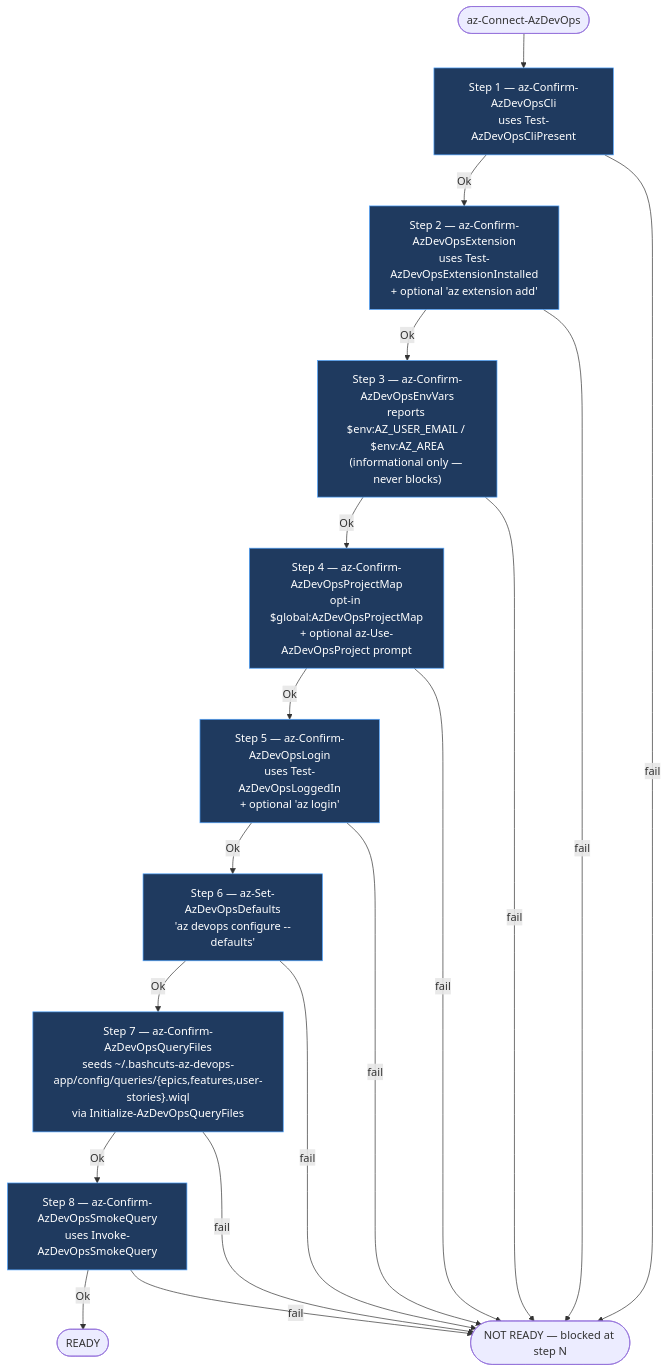
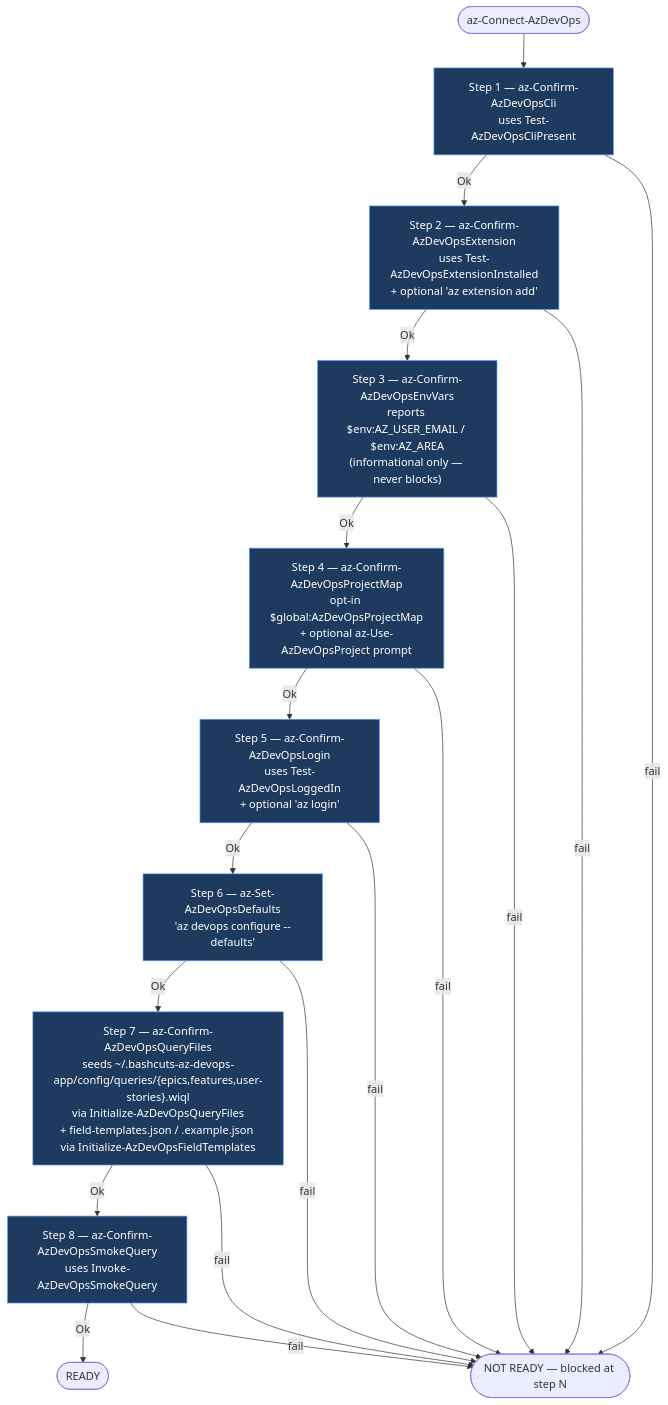
One commit to jdschleicher/bashcuts changed the second of 15 diagrams in docs/azure-devops-diagrams.md. Above: the diagram before and after it, drawn with Mermaid. The commit also changed other lines of this file and 6 other files, not shown here.

````diff
--- a/docs/azure-devops-diagrams.md
+++ b/docs/azure-devops-diagrams.md
@@ -198,37 +198,37 @@
 ```mermaid
 flowchart TD
     Start([az-Connect-AzDevOps]) --> S1
 
     S1["Step 1 — az-Confirm-AzDevOpsCli<br/>uses Test-AzDevOpsCliPresent"]
     S2["Step 2 — az-Confirm-AzDevOpsExtension<br/>uses Test-AzDevOpsExtensionInstalled<br/>+ optional 'az extension add'"]
     S3["Step 3 — az-Confirm-AzDevOpsEnvVars<br/>reports $env:AZ_USER_EMAIL / $env:AZ_AREA<br/>(informational only — never blocks)"]
     S4["Step 4 — az-Confirm-AzDevOpsProjectMap<br/>opt-in $global:AzDevOpsProjectMap<br/>+ optional az-Use-AzDevOpsProject prompt"]
     S5["Step 5 — az-Confirm-AzDevOpsLogin<br/>uses Test-AzDevOpsLoggedIn<br/>+ optional 'az login'"]
     S6["Step 6 — az-Set-AzDevOpsDefaults<br/>'az devops configure --defaults'"]
-    S7["Step 7 — az-Confirm-AzDevOpsQueryFiles<br/>seeds ~/.bashcuts-az-devops-app/config/queries/{epics,features,user-stories}.wiql<br/>via Initialize-AzDevOpsQueryFiles"]
+    S7["Step 7 — az-Confirm-AzDevOpsQueryFiles<br/>seeds ~/.bashcuts-az-devops-app/config/queries/{epics,features,user-stories}.wiql<br/>via Initialize-AzDevOpsQueryFiles<br/>+ field-templates.json / .example.json via Initialize-AzDevOpsFieldTemplates"]
     S8["Step 8 — az-Confirm-AzDevOpsSmokeQuery<br/>uses Invoke-AzDevOpsSmokeQuery"]
 
     Ready([READY])
     NotReady([NOT READY — blocked at step N])
 
     S1 -- Ok --> S2
     S2 -- Ok --> S3
     S3 -- Ok --> S4
     S4 -- Ok --> S5
     S5 -- Ok --> S6
     S6 -- Ok --> S7
     S7 -- Ok --> S8
     S8 -- Ok --> Ready
 
     S1 -- fail --> NotReady
     S2 -- fail --> NotReady
     S3 -- fail --> NotReady
     S4 -- fail --> NotReady
     S5 -- fail --> NotReady
     S6 -- fail --> NotReady
     S7 -- fail --> NotReady
     S8 -- fail --> NotReady
 
     classDef step fill:#1f3a5f,stroke:#4ea3ff,color:#fff
     class S1,S2,S3,S4,S5,S6,S7,S8 step
 ```
````
